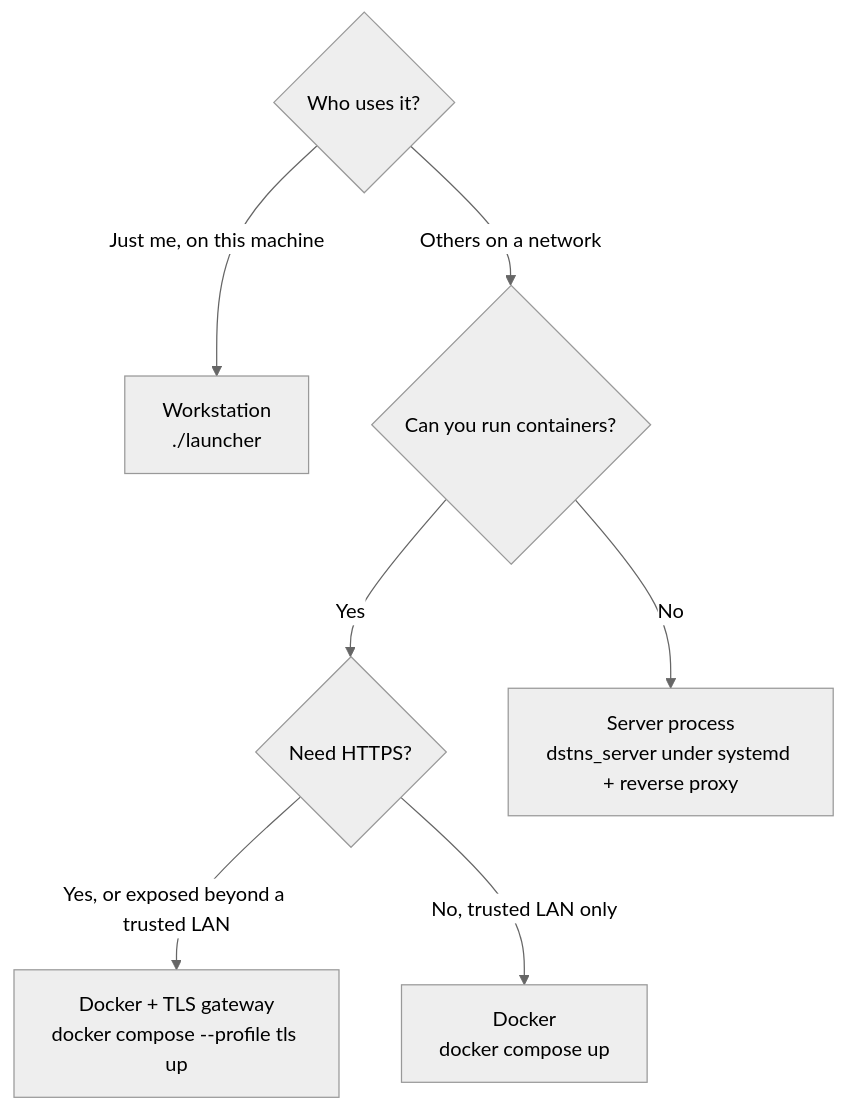
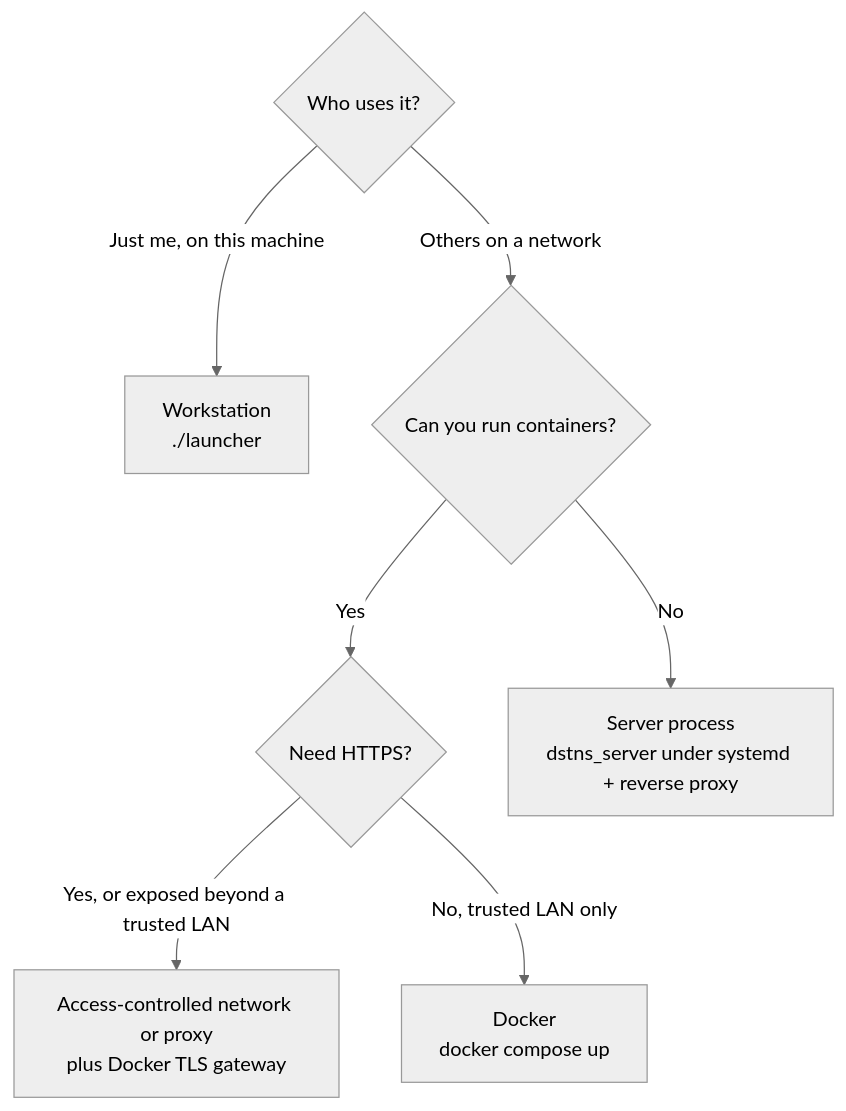
Before and after one commit to varunkarthic/DSTNS: the diagram in docs/deployment/index.md, drawn with Mermaid (neutral theme). The commit also changed other lines of this file and 21 other files, not shown here.

````diff
--- a/docs/deployment/index.md
+++ b/docs/deployment/index.md
@@ -8,9 +8,9 @@
 ```mermaid
 flowchart TD
     Q1{"Who uses it?"} -->|"Just me, on this machine"| Local["Workstation<br/>./launcher"]
     Q1 -->|"Others on a network"| Q2{"Can you run containers?"}
     Q2 -->|Yes| Q3{"Need HTTPS?"}
     Q2 -->|No| Svc["Server process<br/>dstns_server under systemd + reverse proxy"]
-    Q3 -->|"Yes, or exposed beyond a trusted LAN"| TLS["Docker + TLS gateway<br/>docker compose --profile tls up"]
+    Q3 -->|"Yes, or exposed beyond a trusted LAN"| TLS["Access-controlled network or proxy<br/>plus Docker TLS gateway"]
     Q3 -->|"No, trusted LAN only"| Docker["Docker<br/>docker compose up"]
 ```
````
